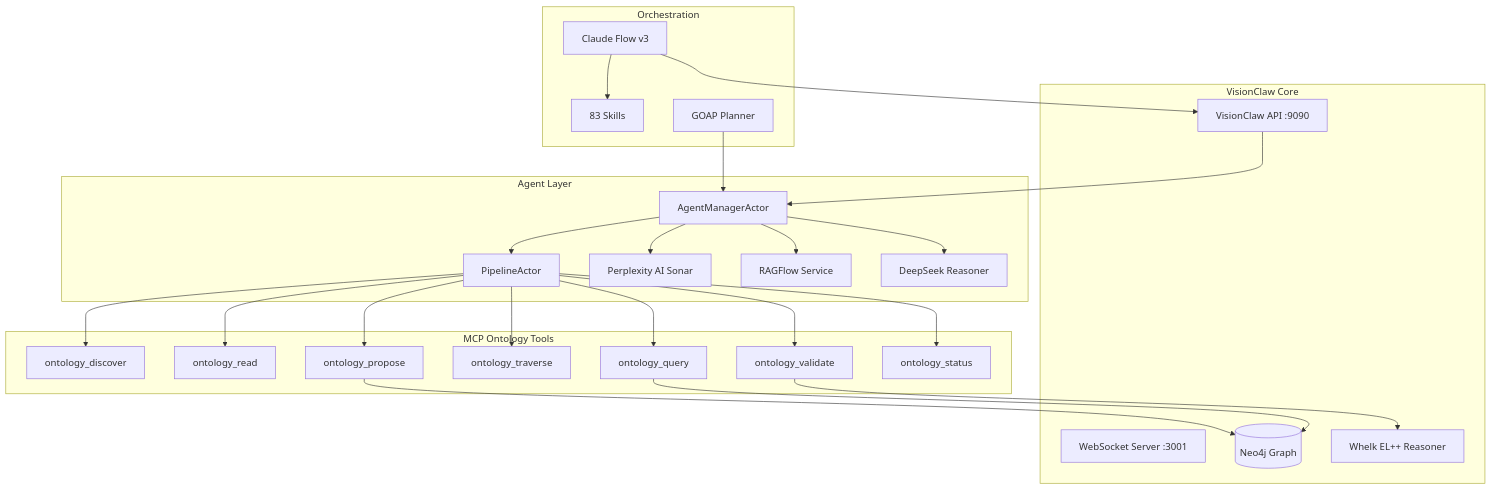
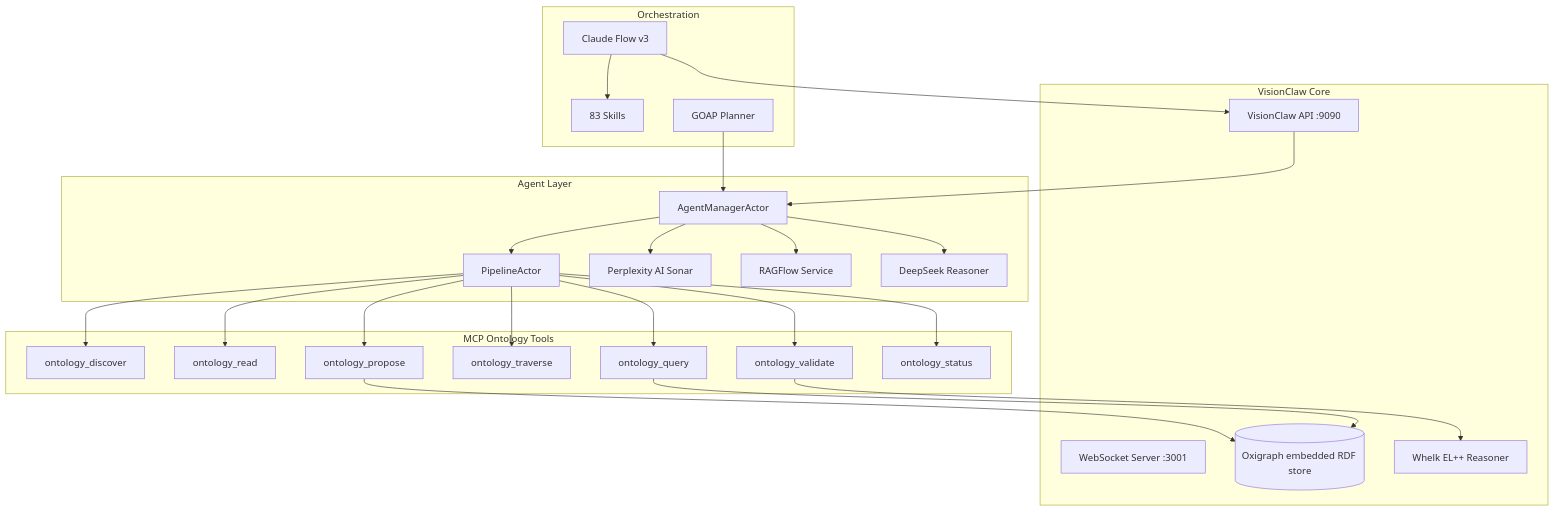
The first of 3 diagrams in docs/how-to/agent-orchestration.md (shaneholloman/logseq-spring-thing), drawn with Mermaid before and after one commit. The commit also changed other lines of this file and 58 other files, not shown here.

First line of the commit message:
docs: Neo4j→Oxigraph + webxr→visionclaw alignment, physics controls, health probes

````diff
--- a/docs/how-to/agent-orchestration.md
+++ b/docs/how-to/agent-orchestration.md
@@ -23,52 +23,52 @@
 ```mermaid
 graph TB
     subgraph "VisionClaw Core"
         API[VisionClaw API :9090]
         WS[WebSocket Server :3001]
-        Neo4j[(Neo4j Graph)]
+        Oxigraph[(Oxigraph embedded RDF store)]
         Whelk[Whelk EL++ Reasoner]
     end
 
     subgraph "Agent Layer"
         AgentMgr[AgentManagerActor]
         Pipeline[PipelineActor]
         Perplexity[Perplexity AI Sonar]
         RagFlow[RAGFlow Service]
         DeepSeek[DeepSeek Reasoner]
     end
 
     subgraph "MCP Ontology Tools"
         MCP1[ontology_discover]
         MCP2[ontology_read]
         MCP3[ontology_query]
         MCP4[ontology_traverse]
         MCP5[ontology_propose]
         MCP6[ontology_validate]
         MCP7[ontology_status]
     end
 
     subgraph "Orchestration"
         ClaudeFlow[Claude Flow v3]
         Skills[83 Skills]
         GOAP[GOAP Planner]
     end
 
     API --> AgentMgr
     AgentMgr --> Pipeline
     AgentMgr --> Perplexity
     AgentMgr --> RagFlow
     AgentMgr --> DeepSeek
     Pipeline --> MCP1
     Pipeline --> MCP2
     Pipeline --> MCP3
     Pipeline --> MCP4
     Pipeline --> MCP5
     Pipeline --> MCP6
     Pipeline --> MCP7
-    MCP5 --> Neo4j
-    MCP3 --> Neo4j
+    MCP5 --> Oxigraph
+    MCP3 --> Oxigraph
     MCP6 --> Whelk
     ClaudeFlow --> Skills
     ClaudeFlow --> API
     GOAP --> AgentMgr
 ```
````
